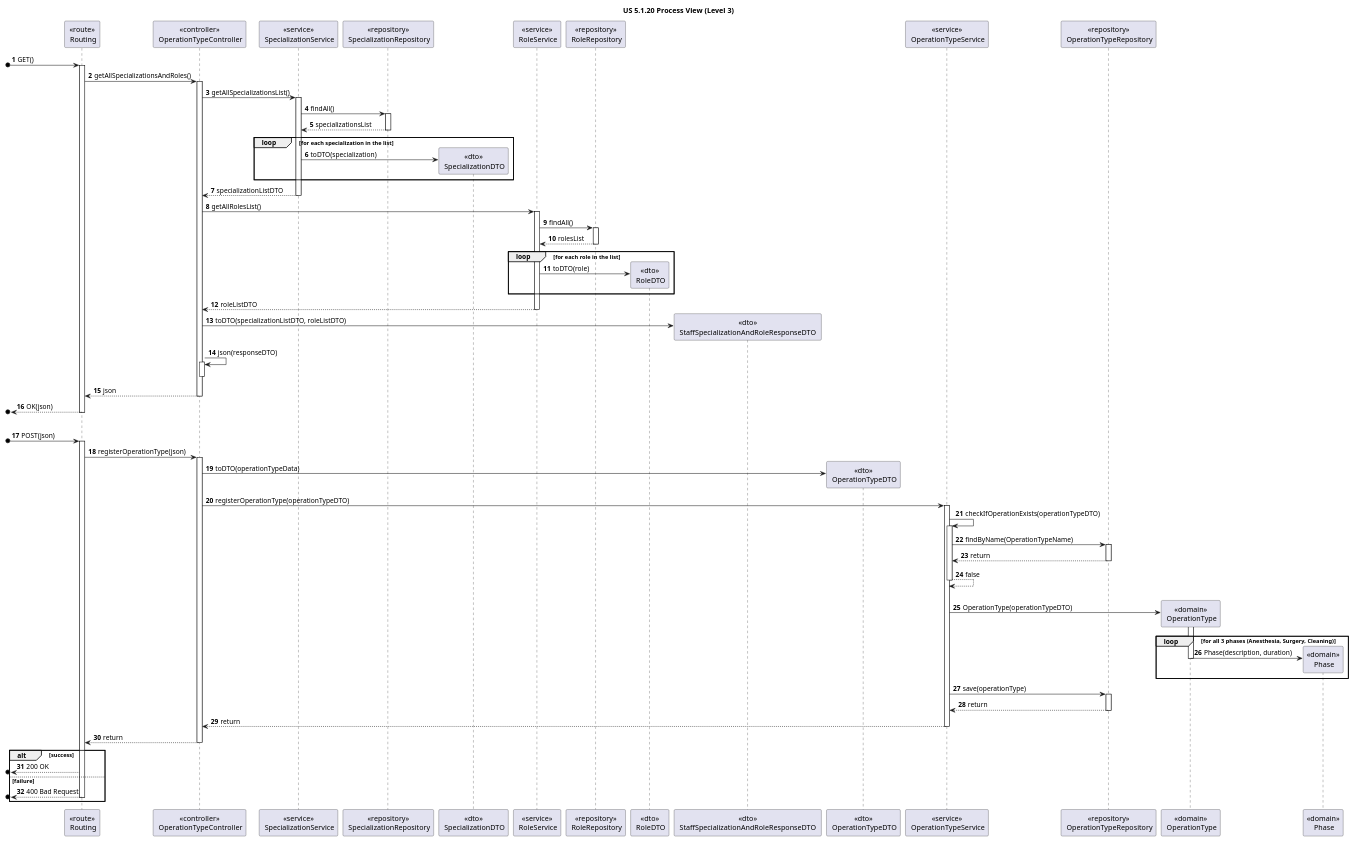
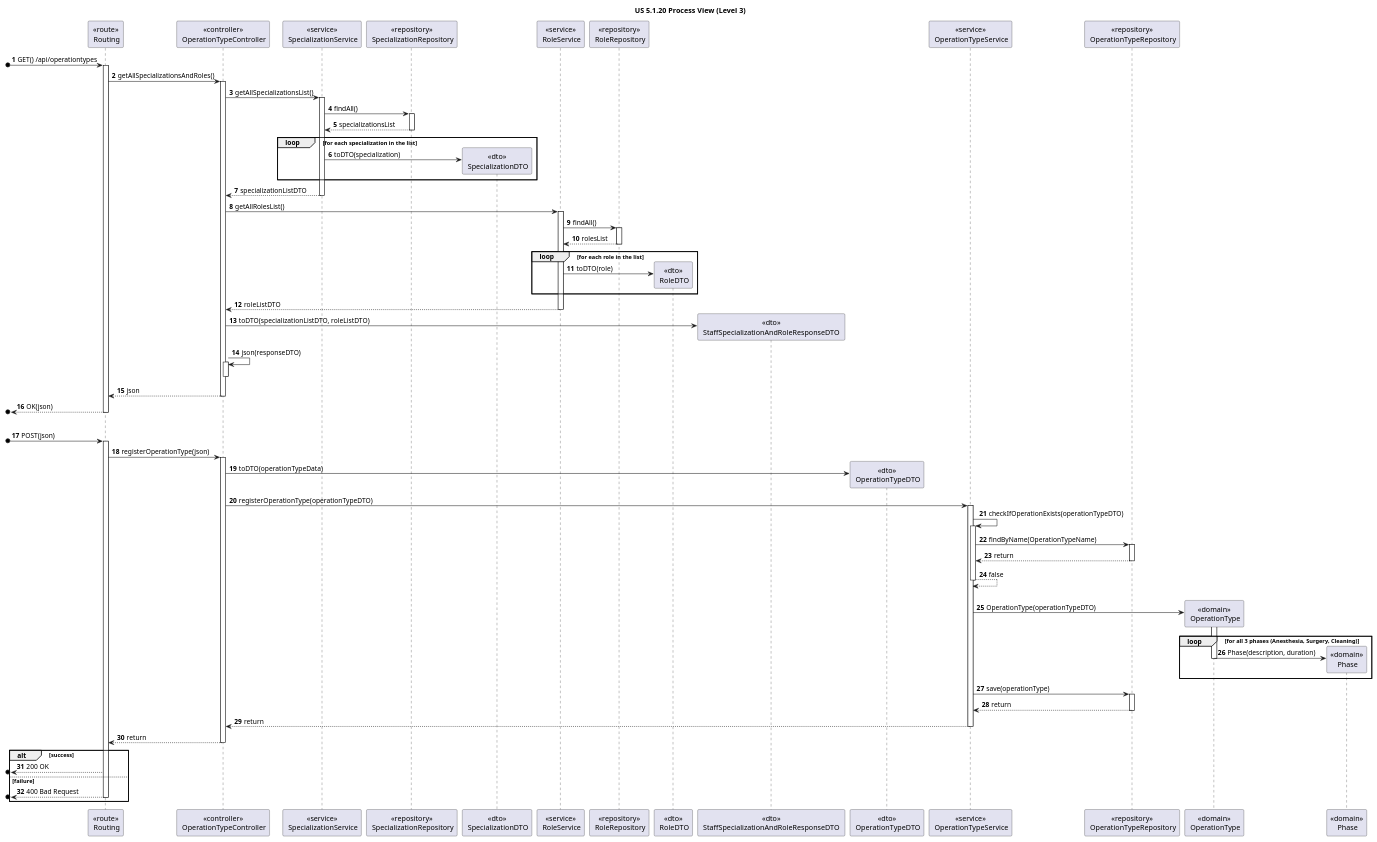
The diagram in docs/sprint-1/1220683/us-5.1.20/diagrams/Process_View/Level-3/us20-process-view-level3.puml (rita-barbosa/LAPR5-2425), drawn with PlantUML before and after one commit. The commit also changed 7 other files, not shown here.

```diff
--- a/docs/sprint-1/1220683/us-5.1.20/diagrams/Process_View/Level-3/us20-process-view-level3.puml
+++ b/docs/sprint-1/1220683/us-5.1.20/diagrams/Process_View/Level-3/us20-process-view-level3.puml
@@ -1,142 +1,142 @@
 @startuml
 'https://plantuml.com/sequence-diagram
 
 title US 5.1.20 Process View (Level 3)
 
 autonumber
 
 participant "<<route>>\n Routing" as ROUTE
 participant "<<controller>>\n OperationTypeController" as CONTROL
 
 participant "<<service>>\n SpecializationService" as SpecializationServ
 participant "<<repository>>\n SpecializationRepository" as SpecializationRepo
 participant "<<dto>>\n SpecializationDTO" as SpecializationDTO
 
 participant "<<service>>\n RoleService" as RoleServ
 participant "<<repository>>\n RoleRepository" as RoleRepo
 participant "<<dto>>\n RoleDTO" as RoleDTO
 
 
 participant "<<dto>>\n StaffSpecializationAndRoleResponseDTO " as ResponseDTO
 
 participant "<<dto>>\n OperationTypeDTO" as OPTYDTO
 participant "<<service>>\n OperationTypeService" as OPTYServ
 participant "<<repository>>\n OperationTypeRepository" as OPTYRepo
 participant "<<domain>>\n OperationType" as OPTY
 
 participant "<<domain>>\n Phase" as PHASE
 
 
-[o-> ROUTE : GET()
+[o-> ROUTE : GET() /api/operationtypes
 activate ROUTE
 
 ROUTE -> CONTROL : getAllSpecializationsAndRoles()
 activate CONTROL
 
 CONTROL -> SpecializationServ : getAllSpecializationsList()
 activate SpecializationServ
 
 SpecializationServ -> SpecializationRepo : findAll()
 activate SpecializationRepo
 
 SpecializationRepo --> SpecializationServ : specializationsList
 deactivate SpecializationRepo
 
 loop for each specialization in the list
 
 SpecializationServ -> SpecializationDTO ** : toDTO(specialization)
 end loop
 
 SpecializationServ --> CONTROL : specializationListDTO
 deactivate SpecializationServ
 
 CONTROL -> RoleServ : getAllRolesList()
 activate RoleServ
 
 RoleServ -> RoleRepo : findAll()
 activate RoleRepo
 
 RoleRepo --> RoleServ : rolesList
 deactivate RoleRepo
 
 loop for each role in the list
 
 RoleServ -> RoleDTO ** : toDTO(role)
 end loop
 
 RoleServ --> CONTROL : roleListDTO
 deactivate RoleServ
 
 CONTROL -> ResponseDTO ** : toDTO(specializationListDTO, roleListDTO)
 
 CONTROL -> CONTROL : json(responseDTO)
 activate CONTROL
 deactivate CONTROL
 
 CONTROL --> ROUTE : json
 deactivate CONTROL
 
 [o<-- ROUTE : OK(json)
 deactivate ROUTE
 
 |||
 
 'probably json
 [o-> ROUTE : POST(json)
 activate ROUTE
 
 ROUTE -> CONTROL : registerOperationType(json)
 activate CONTROL
 
 CONTROL -> OPTYDTO ** : toDTO(operationTypeData)
 
 CONTROL -> OPTYServ : registerOperationType(operationTypeDTO)
 activate OPTYServ
 
 OPTYServ -> OPTYServ : checkIfOperationExists(operationTypeDTO)
 activate OPTYServ
 
 OPTYServ -> OPTYRepo : findByName(OperationTypeName)
 
 activate OPTYRepo
 
 OPTYRepo --> OPTYServ : return
 deactivate OPTYRepo
 
 OPTYServ --> OPTYServ : false
 deactivate OPTYServ
 
 |||
 
 OPTYServ -> OPTY ** : OperationType(operationTypeDTO)
 activate OPTY
 
 loop for all 3 phases (Anesthesia, Surgery, Cleaning)
 
 OPTY -> PHASE ** : Phase(description, duration)
 deactivate OPTY
 end loop
 
 OPTYServ -> OPTYRepo : save(operationType)
 activate OPTYRepo
 
 OPTYRepo --> OPTYServ : return
 deactivate OPTYRepo
 
 OPTYServ --> CONTROL : return
 deactivate OPTYServ
 
 CONTROL --> ROUTE : return
 deactivate CONTROL
 
 alt success
 [o<-- ROUTE : 200 OK
 
 else failure
 
 [o<-- ROUTE : 400 Bad Request
 deactivate ROUTE
 end alt
 
 
 @enduml
```
